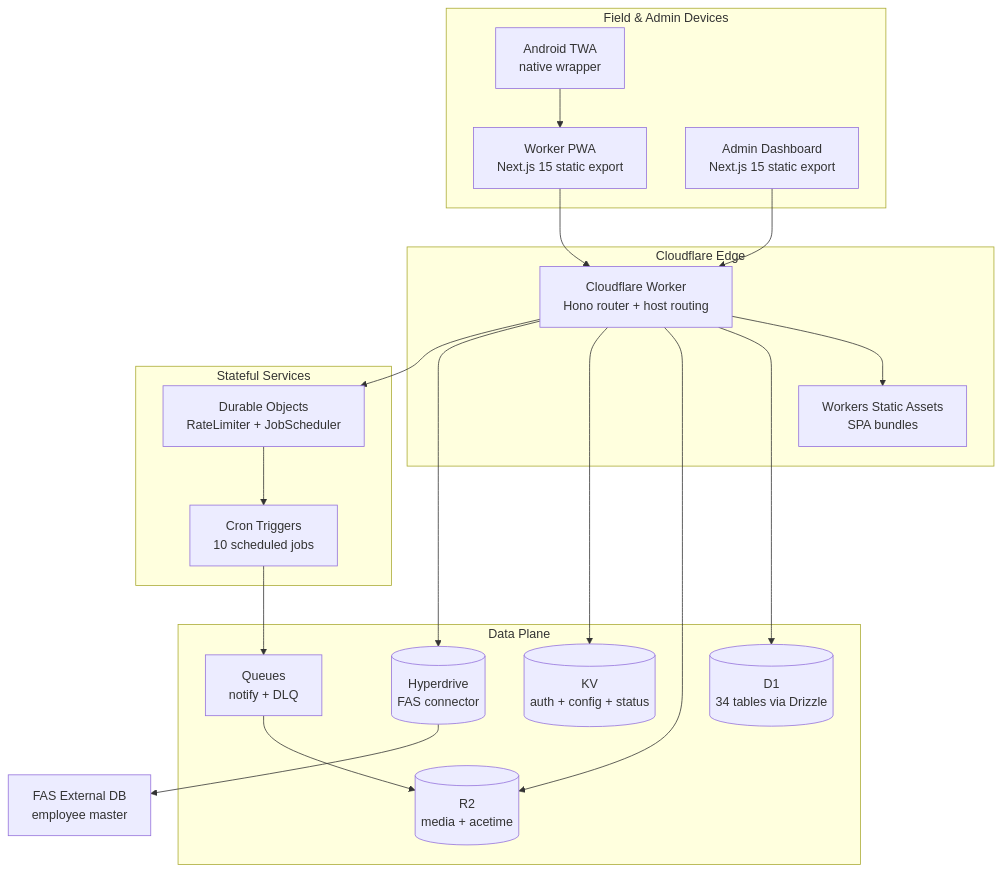
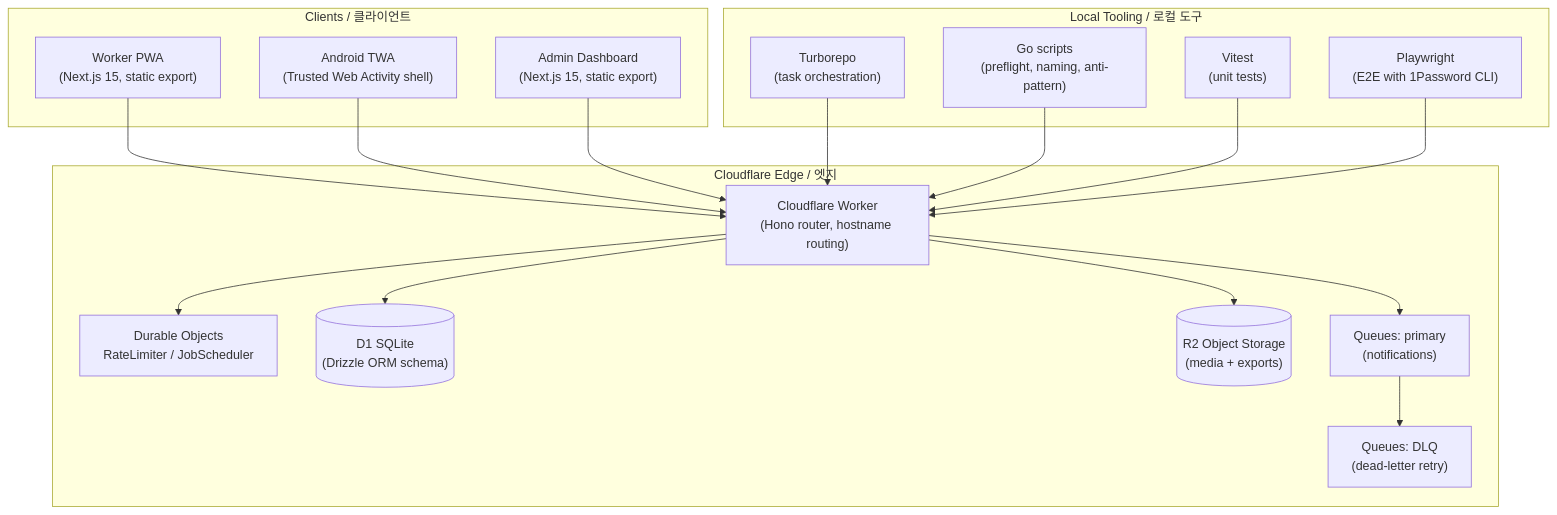
Before and after one commit to jclee941/safetywallet: the diagram in README.md, drawn with Mermaid. The commit also changed other lines of this file, not shown here.

````diff
--- a/README.md
+++ b/README.md
@@ -62,42 +46,37 @@
 ```mermaid
 flowchart TB
-    subgraph Clients[Field & Admin Devices]
-        PWA[Worker PWA<br/>Next.js 15 static export]
-        TWA[Android TWA<br/>native wrapper]
-        Admin[Admin Dashboard<br/>Next.js 15 static export]
+    subgraph Clients["Clients / 클라이언트"]
+        Mobile["Worker PWA<br/>(Next.js 15, static export)"]
+        Admin["Admin Dashboard<br/>(Next.js 15, static export)"]
+        TWA["Android TWA<br/>(Trusted Web Activity shell)"]
     end
 
-    subgraph Edge[Cloudflare Edge]
-        Worker[Cloudflare Worker<br/>Hono router + host routing]
-        Static[Workers Static Assets<br/>SPA bundles]
+    subgraph Edge["Cloudflare Edge / 엣지"]
+        Worker["Cloudflare Worker<br/>(Hono router, hostname routing)"]
+        DO["Durable Objects<br/>RateLimiter / JobScheduler"]
+        D1[("D1 SQLite<br/>(Drizzle ORM schema)")]
+        R2[("R2 Object Storage<br/>(media + exports)")]
+        Q1["Queues: primary<br/>(notifications)"]
+        Q2["Queues: DLQ<br/>(dead-letter retry)"]
     end
 
-    subgraph Stateful[Stateful Services]
-        DO[Durable Objects<br/>RateLimiter + JobScheduler]
-        Cron[Cron Triggers<br/>10 scheduled jobs]
+    subgraph Dev["Local Tooling / 로컬 도구"]
+        Turbo["Turborepo<br/>(task orchestration)"]
+        Vitest["Vitest<br/>(unit tests)"]
+        Playwright["Playwright<br/>(E2E with 1Password CLI)"]
+        GoTools["Go scripts<br/>(preflight, naming, anti-pattern)"]
     end
 
-    subgraph Data[Data Plane]
-        D1[(D1<br/>34 tables via Drizzle)]
-        R2[(R2<br/>media + acetime)]
-        KV[(KV<br/>auth + config + status)]
-        HD[(Hyperdrive<br/>FAS connector)]
-        Q[Queues<br/>notify + DLQ]
-    end
-
-    External[FAS External DB<br/>employee master]
-
-    PWA --> Worker
-    TWA --> PWA
+    Mobile --> Worker
+    TWA --> Worker
     Admin --> Worker
-    Worker --> Static
+    Worker --> DO
     Worker --> D1
     Worker --> R2
-    Worker --> KV
-    Worker --> HD
-    Worker --> DO
-    DO --> Cron
-    Cron --> Q
-    Q --> R2
-    HD --> External
+    Worker --> Q1
+    Q1 --> Q2
+    Turbo --> Worker
+    GoTools --> Worker
+    Vitest --> Worker
+    Playwright --> Worker
 ```
````
